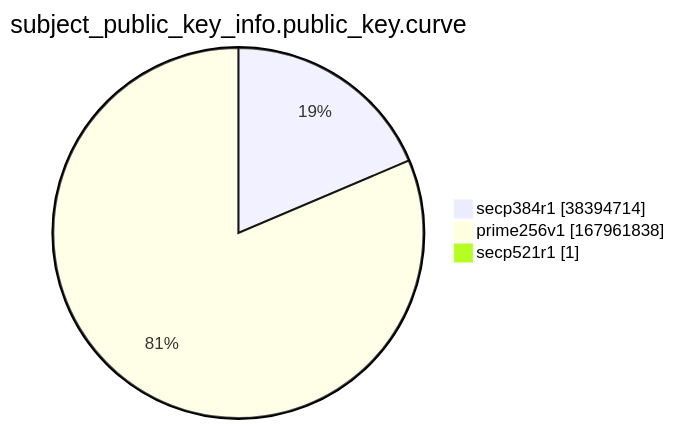
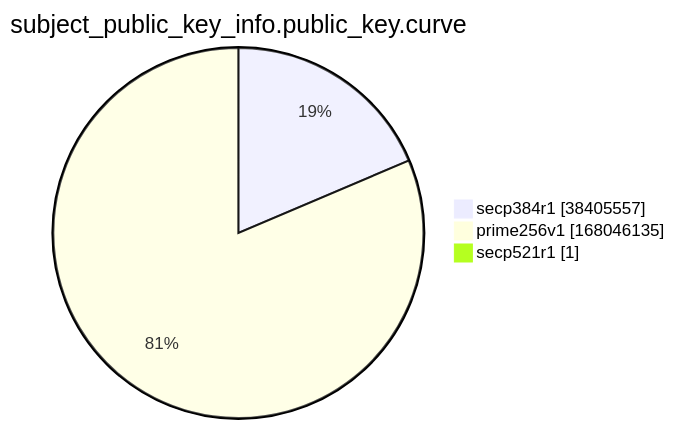
Before and after one commit to christiankrug/ctmonitor_visualization: the ninth of 15 diagrams in argon2022/README.md, drawn with Mermaid. The commit also changed other lines of this file, not shown here.

````diff
--- a/argon2022/README.md
+++ b/argon2022/README.md
@@ -2766,7 +2766,7 @@
 ```mermaid
 pie showData
 title subject_public_key_info.public_key.curve
-"secp384r1" :38394714
-"prime256v1" :167961838
+"secp384r1" :38405557
+"prime256v1" :168046135
 "secp521r1" :1
 ```
````
